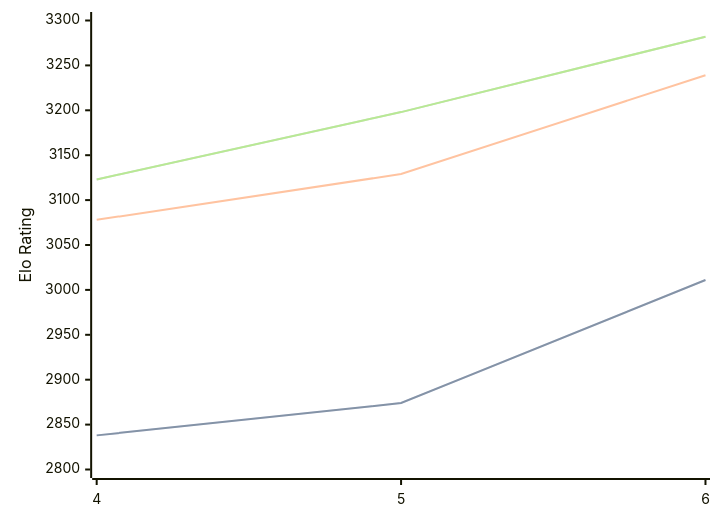
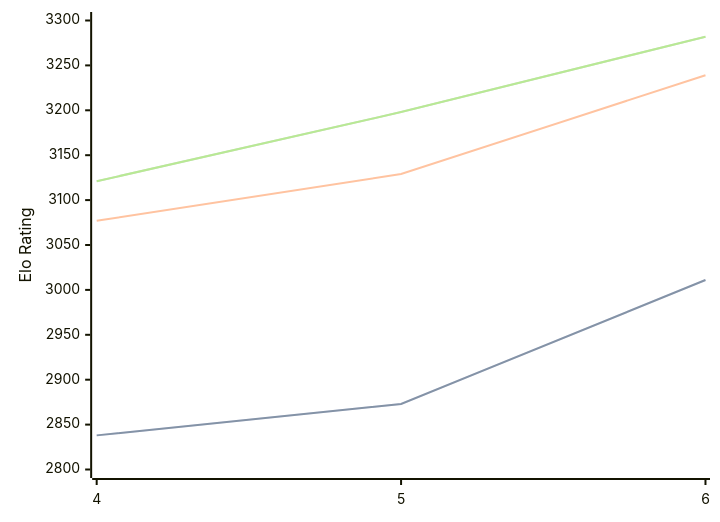
Before and after one commit to computer-chess-index/cci: the diagram in engines/Cwtch.md, drawn with Mermaid. The commit also changed other lines of this file, not shown here.

Commit message:
Update CCI Ratings (ELO VLTC) - 2026-07-27

````diff
--- a/engines/Cwtch.md
+++ b/engines/Cwtch.md
@@ -36,11 +36,11 @@
 ```mermaid
 %%{init: {"theme":"base","themeVariables":{"seriesColors:['#a3a3a3','#222221','#faa371']}}}%%
 xychart-beta
   x-axis ["4", "5", "6"]
   y-axis "Elo Rating" 2800 --> 3300
-  line "STC (8.0+0.08s)" [2838, 2874, 3011]
-  line "STC (8.0+0.08s)" [2838, 2874, 3011]
-  line "LTC (60.0+0.60s)" [3078, 3129, 3239]
-  line "VLTC (2m24s+1.12s)" [3123, 3198, 3282]
-  line "VLTC (2m24s+1.12s)" [3123, 3198, 3282]
+  line "STC (8.0+0.08s)" [2838, 2873, 3011]
+  line "STC (8.0+0.08s)" [2838, 2873, 3011]
+  line "LTC (60.0+0.60s)" [3077, 3129, 3239]
+  line "VLTC (2m24s+1.12s)" [3121, 3198, 3282]
+  line "VLTC (2m24s+1.12s)" [3121, 3198, 3282]
 ```
````
